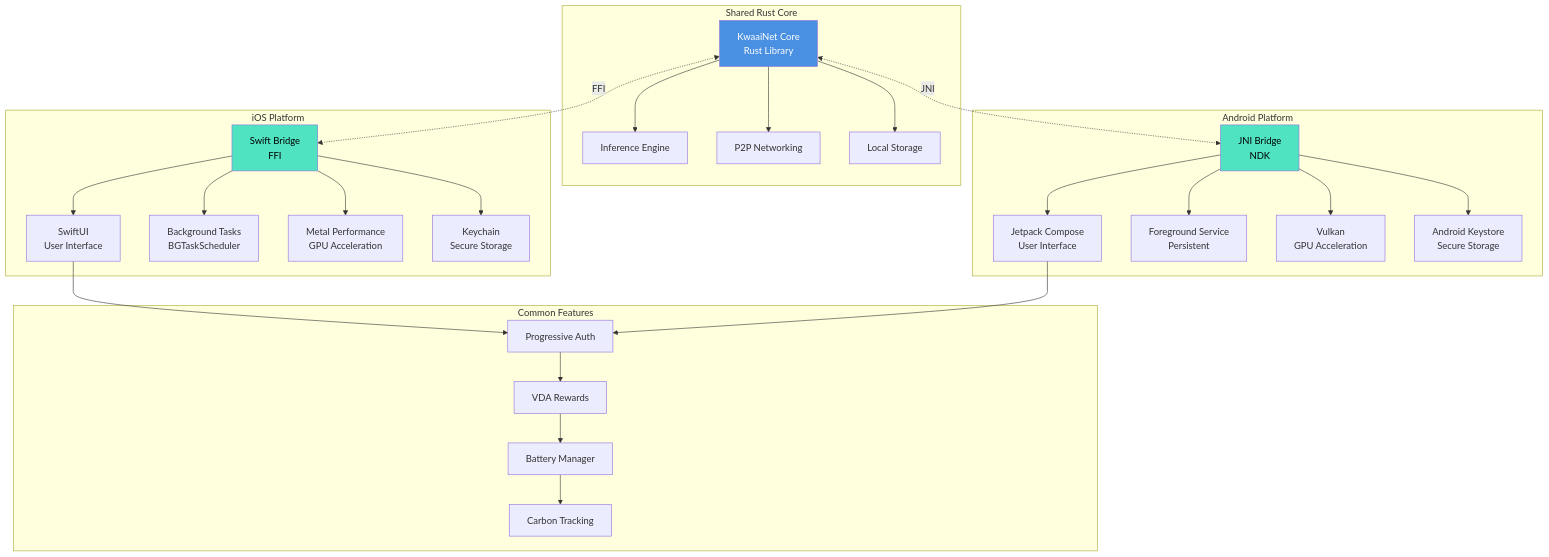
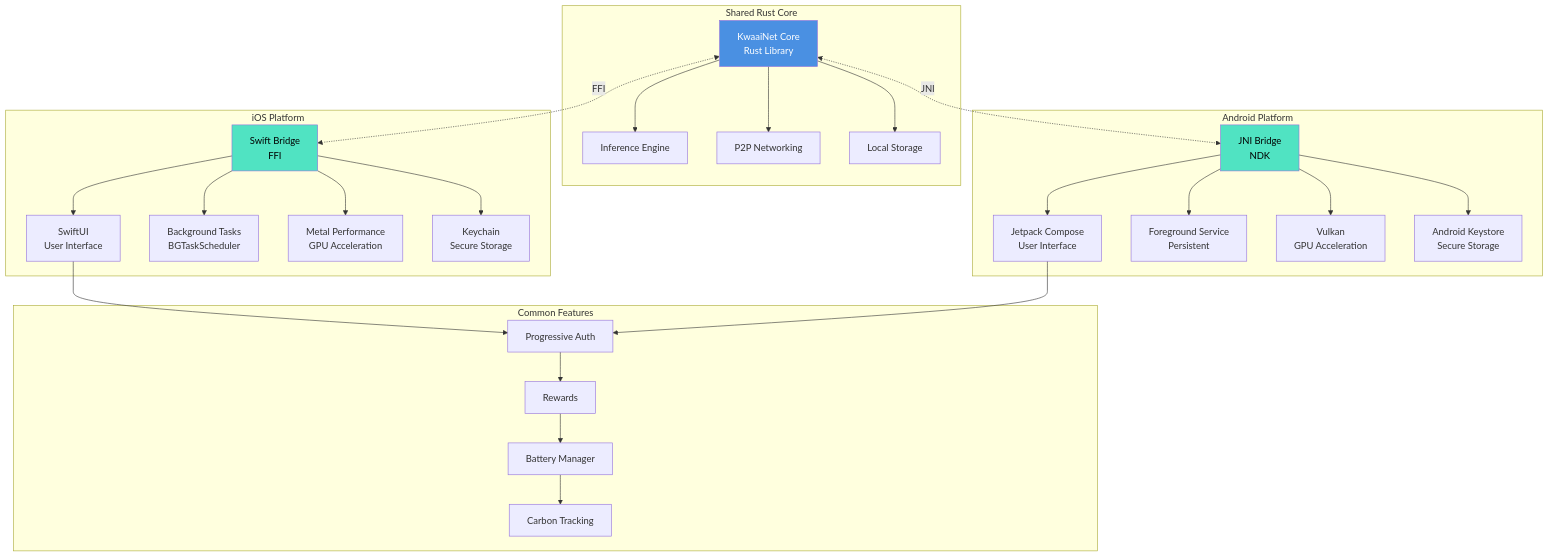
One commit to Kwaai-AI-Lab/KwaaiNet changed diagram 12 of 20 in docs/CHALLENGE_ARCHITECTURES.md. Above: the diagram before and after it, drawn with Mermaid. The commit also changed other lines of this file and 28 other files, not shown here.

````diff
--- a/docs/CHALLENGE_ARCHITECTURES.md
+++ b/docs/CHALLENGE_ARCHITECTURES.md
@@ -717,60 +604,60 @@
 ```mermaid
 graph TB
     subgraph "Shared Rust Core"
         Core[KwaaiNet Core<br/>Rust Library]
         Inference[Inference Engine]
         Network[P2P Networking]
         Storage[Local Storage]
     end
 
     subgraph "iOS Platform"
         iOSUI[SwiftUI<br/>User Interface]
         iOSBridge[Swift Bridge<br/>FFI]
         Background[Background Tasks<br/>BGTaskScheduler]
         Metal[Metal Performance<br/>GPU Acceleration]
         Keychain[Keychain<br/>Secure Storage]
     end
 
     subgraph "Android Platform"
         AndroidUI[Jetpack Compose<br/>User Interface]
         JNI[JNI Bridge<br/>NDK]
         FGService[Foreground Service<br/>Persistent]
         Vulkan[Vulkan<br/>GPU Acceleration]
         Keystore[Android Keystore<br/>Secure Storage]
     end
 
     subgraph "Common Features"
         Auth[Progressive Auth]
-        Rewards[VDA Rewards]
+        Rewards[Rewards]
         Battery[Battery Manager]
         Carbon[Carbon Tracking]
     end
 
     Core --> Inference
     Core --> Network
     Core --> Storage
 
     Core <-.FFI.-> iOSBridge
     Core <-.JNI.-> JNI
 
     iOSBridge --> iOSUI
     iOSBridge --> Background
     iOSBridge --> Metal
     iOSBridge --> Keychain
 
     JNI --> AndroidUI
     JNI --> FGService
     JNI --> Vulkan
     JNI --> Keystore
 
     iOSUI --> Auth
     AndroidUI --> Auth
 
     Auth --> Rewards
     Rewards --> Battery
     Battery --> Carbon
 
     style Core fill:#4A90E2,color:#fff
     style iOSBridge fill:#50E3C2,color:#000
     style JNI fill:#50E3C2,color:#000
 ```
````
